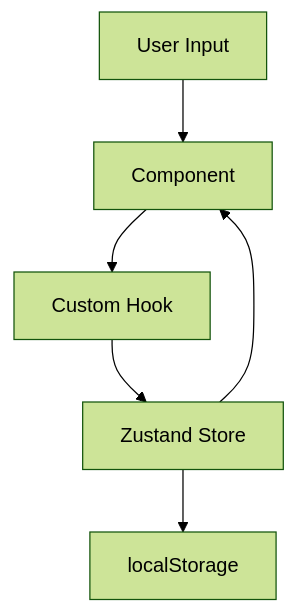
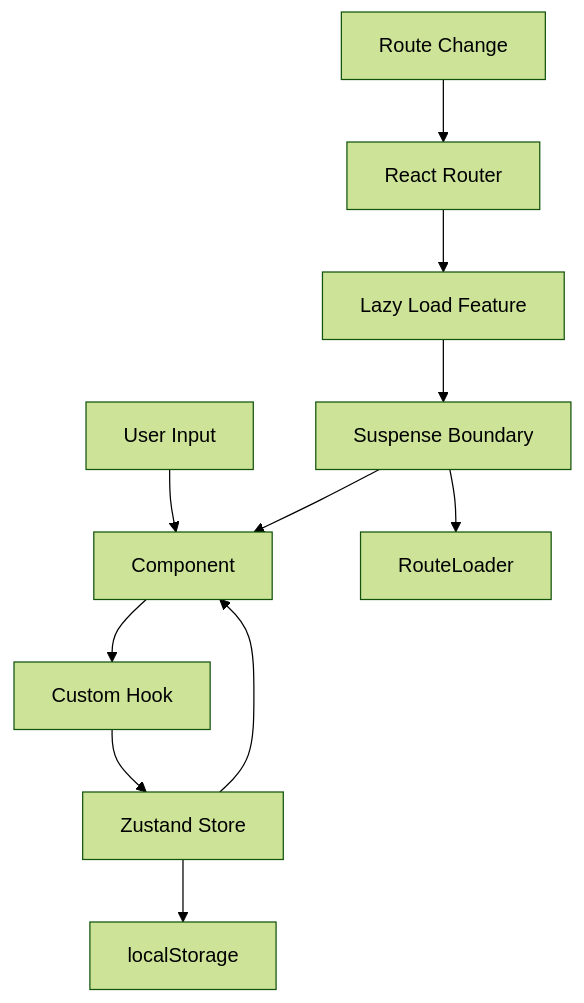
The diagram in docs/architecture.md (raniellimontagna/klick), drawn with Mermaid (forest theme) before and after one commit. The commit also changed other lines of this file and 6 other files, not shown here.

````diff
--- a/docs/architecture.md
+++ b/docs/architecture.md
@@ -58,8 +119,14 @@
 ```mermaid
 graph TD
     A[User Input] --> B[Component]
     B --> C[Custom Hook]
     C --> D[Zustand Store]
     D --> E[localStorage]
     D --> B
+    
+    F[Route Change] --> G[React Router]
+    G --> H[Lazy Load Feature]
+    H --> I[Suspense Boundary]
+    I --> J[RouteLoader]
+    I --> B
 ```
````
